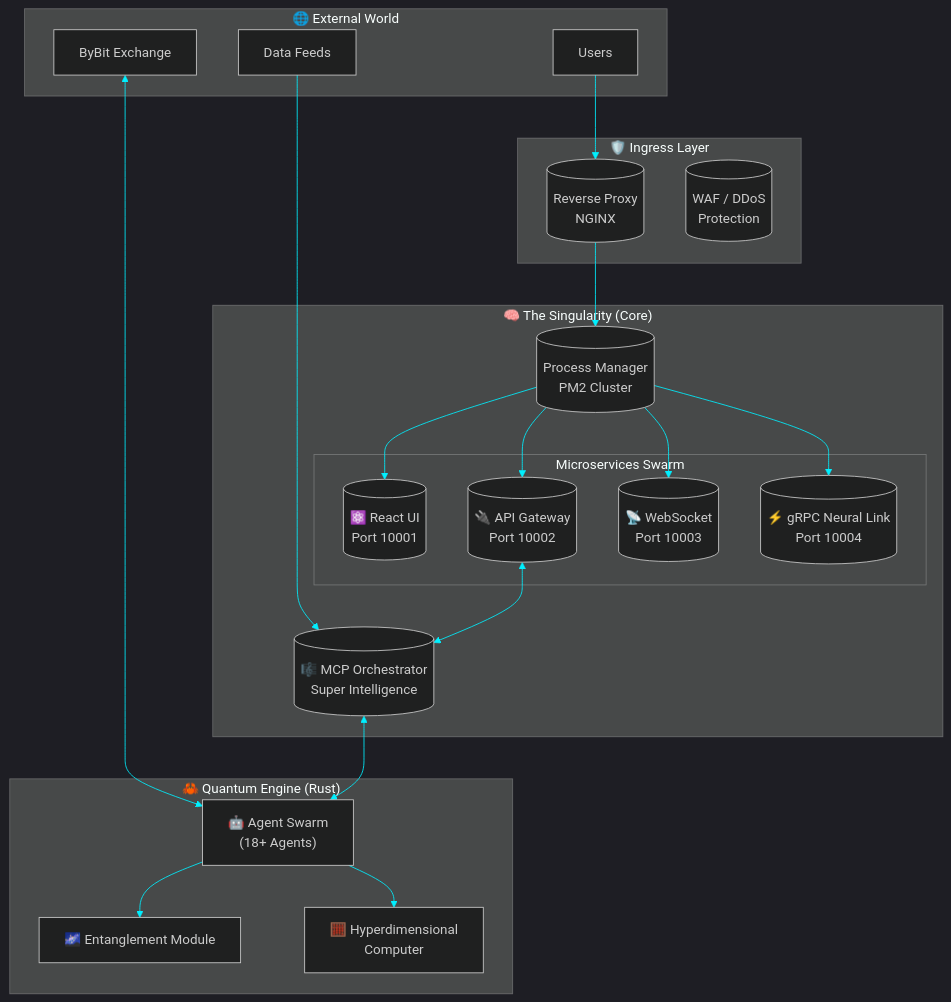
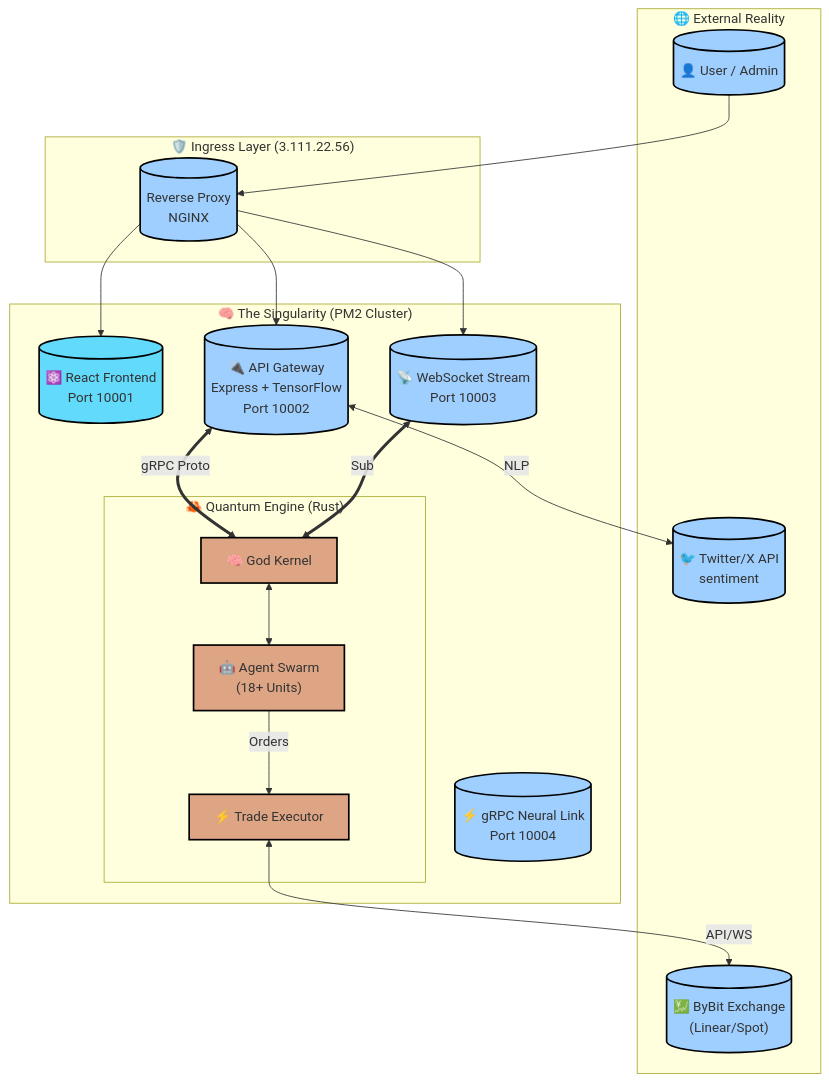
The first of 2 diagrams in README.md (MrDecryptDecipher/Diia), drawn with Mermaid before and after one commit. The commit also changed other lines of this file, not shown here.

Commit message:
docs: Upgrade README to Quantum Standards (User Feedback)

````diff
--- a/README.md
+++ b/README.md
@@ -44,48 +37,44 @@
-  <pre class="mermaid">
-  %%{init: {'theme': 'dark', 'themeVariables': { 'darkMode': true, 'background': '#0f0f15', 'primaryColor': '#7000ff', 'lineColor': '#00f0ff'}}}%%
-  graph TD
-      subgraph Internet ["🌐 External World"]
-          Users[Users]
-          DataFeeds[Data Feeds]
-          ByBit[ByBit Exchange]
-      end
+```mermaid
+graph TD
+    %% Theme
+    classDef rust fill:#dea584,stroke:#000,stroke-width:2px;
+    classDef node fill:#9ecfff,stroke:#000,stroke-width:2px;
+    classDef react fill:#61dafb,stroke:#000,stroke-width:2px;
+    classDef ext fill:#f0f0f0,stroke:#333,stroke-dasharray: 5 5;
 
-      subgraph Ingress ["🛡️ Ingress Layer"]
-          NGINX[("Reverse Proxy<br/>NGINX")]
-          Firewall[("WAF / DDoS<br/>Protection")]
-      end
+    subgraph Internet ["🌐 External Reality"]
+        Users[("👤 User / Admin")]
+        ByBit[("💹 ByBit Exchange<br/>(Linear/Spot)")]
+        Social[("🐦 Twitter/X API<br/>sentiment")]
+    end
 
-      subgraph Core ["🧠 The Singularity (Core)"]
-          PM2[("Process Manager<br/>PM2 Cluster")]
-          
-          subgraph Services ["Microservices Swarm"]
-              Frontend[("⚛️ React UI<br/>Port 10001")]
-              API_GW[("🔌 API Gateway<br/>Port 10002")]
-              Socket[("📡 WebSocket<br/>Port 10003")]
-              gRPC[("⚡ gRPC Neural Link<br/>Port 10004")]
-          end
+    subgraph Ingress ["🛡️ Ingress Layer (3.111.22.56)"]
+        NGINX[("Reverse Proxy<br/>NGINX")]
+    end
 
-          Orchestrator[("🎼 MCP Orchestrator<br/>Super Intelligence")]
-      end
+    subgraph Core ["🧠 The Singularity (PM2 Cluster)"]
+        Frontend[("⚛️ React Frontend<br/>Port 10001")]:::react
+        API[("🔌 API Gateway<br/>Express + TensorFlow<br/>Port 10002")]:::node
+        Socket[("📡 WebSocket Stream<br/>Port 10003")]:::node
+        gRPC[("⚡ gRPC Neural Link<br/>Port 10004")]:::node
+        
+        subgraph RustEngine ["🦀 Quantum Engine (Rust)"]
+            GodKernel["🧠 God Kernel"]:::rust
+            Agents["🤖 Agent Swarm<br/>(18+ Units)"]:::rust
+            OrderExec["⚡ Trade Executor"]:::rust
+        end
+    end
 
-      subgraph Quantum ["🦀 Quantum Engine (Rust)"]
-          Entanglement["🌌 Entanglement Module"]
-          Hyperdim["🧮 Hyperdimensional<br/>Computer"]
-          Agents["🤖 Agent Swarm<br/>(18+ Agents)"]
-      end
+    Users --> NGINX
+    NGINX --> Frontend
+    NGINX --> API
+    NGINX --> Socket
 
-      Users --> NGINX
-      DataFeeds --> Orchestrator
-      ByBit <--> Agents
-
-      NGINX --> PM2
-      PM2 --> Frontend
-      PM2 --> API_GW
-      PM2 --> Socket
-      PM2 --> gRPC
-
-      API_GW <--> Orchestrator
-      Orchestrator <--> Agents
-      Agents --> Entanglement
-      Agents --> Hyperdim
-  </pre>
+    API <==>|gRPC Proto| GodKernel
+    Socket <==> |Sub| GodKernel
+    
+    GodKernel <--> Agents
+    Agents -->|Orders| OrderExec
+    OrderExec <-->|API/WS| ByBit
+    API <-->|NLP| Social
+```
````
